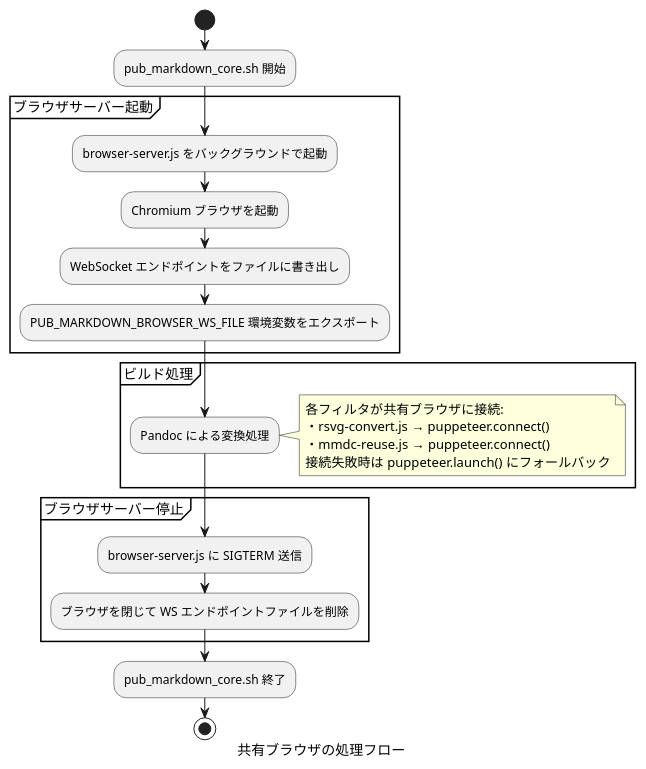
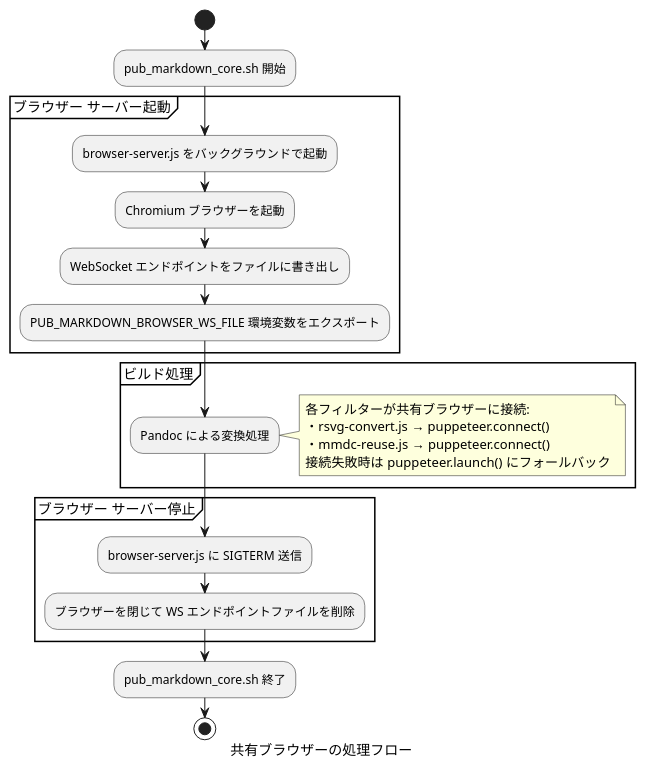
The first of 2 diagrams in docs/browser-reuse.md (Hondarer/pub_markdown), drawn with PlantUML before and after one commit. The commit also changed other lines of this file and 46 other files, not shown here.

````diff
--- a/docs/browser-reuse.md
+++ b/docs/browser-reuse.md
@@ -32,32 +32,32 @@
 ```plantuml
-@startuml 共有ブラウザの処理フロー
-    caption 共有ブラウザの処理フロー
+@startuml 共有ブラウザーの処理フロー
+    caption 共有ブラウザーの処理フロー
     start
         :pub_markdown_core.sh 開始;
 
-        partition "ブラウザサーバー起動" {
+        partition "ブラウザー サーバー起動" {
             :browser-server.js をバックグラウンドで起動;
-            :Chromium ブラウザを起動;
+            :Chromium ブラウザーを起動;
             :WebSocket エンドポイントをファイルに書き出し;
             :PUB_MARKDOWN_BROWSER_WS_FILE 環境変数をエクスポート;
         }
 
         partition "ビルド処理" {
             :Pandoc による変換処理;
             note right
-                各フィルタが共有ブラウザに接続:
+                各フィルターが共有ブラウザーに接続:
                 ・rsvg-convert.js → puppeteer.connect()
                 ・mmdc-reuse.js → puppeteer.connect()
                 接続失敗時は puppeteer.launch() にフォールバック
             end note
         }
 
-        partition "ブラウザサーバー停止" {
+        partition "ブラウザー サーバー停止" {
             :browser-server.js に SIGTERM 送信;
-            :ブラウザを閉じて WS エンドポイントファイルを削除;
+            :ブラウザーを閉じて WS エンドポイントファイルを削除;
         }
 
         :pub_markdown_core.sh 終了;
     stop
 @enduml
 ```
````
